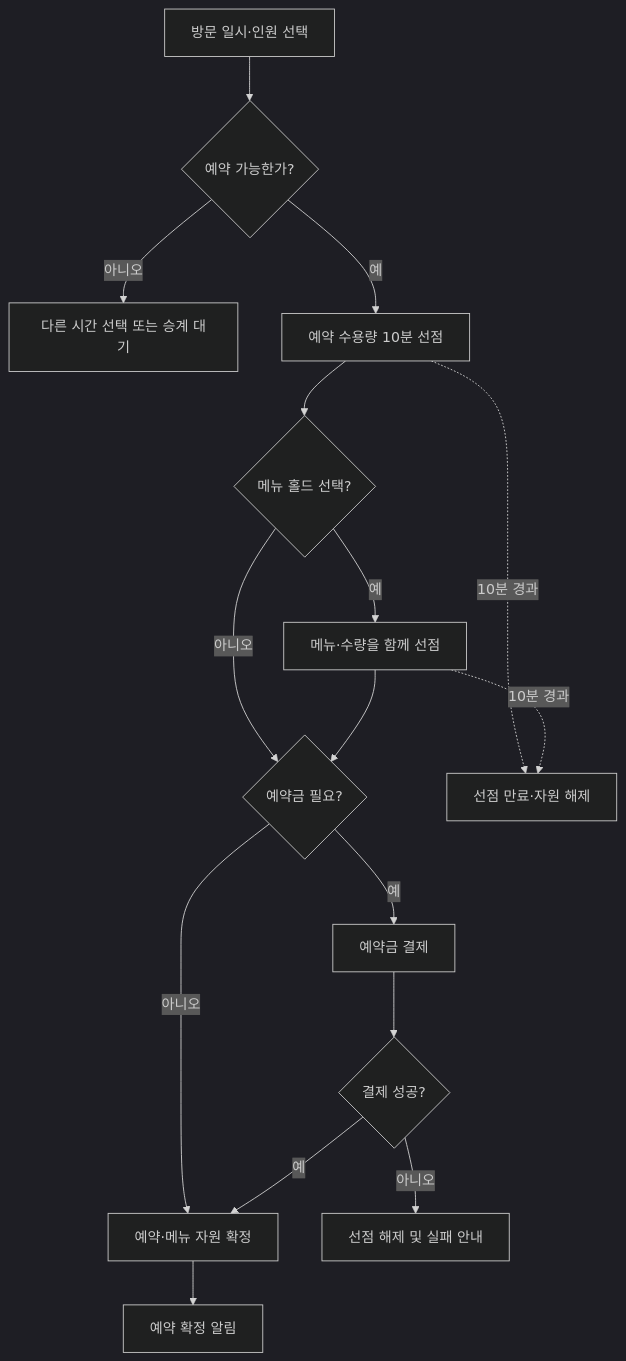
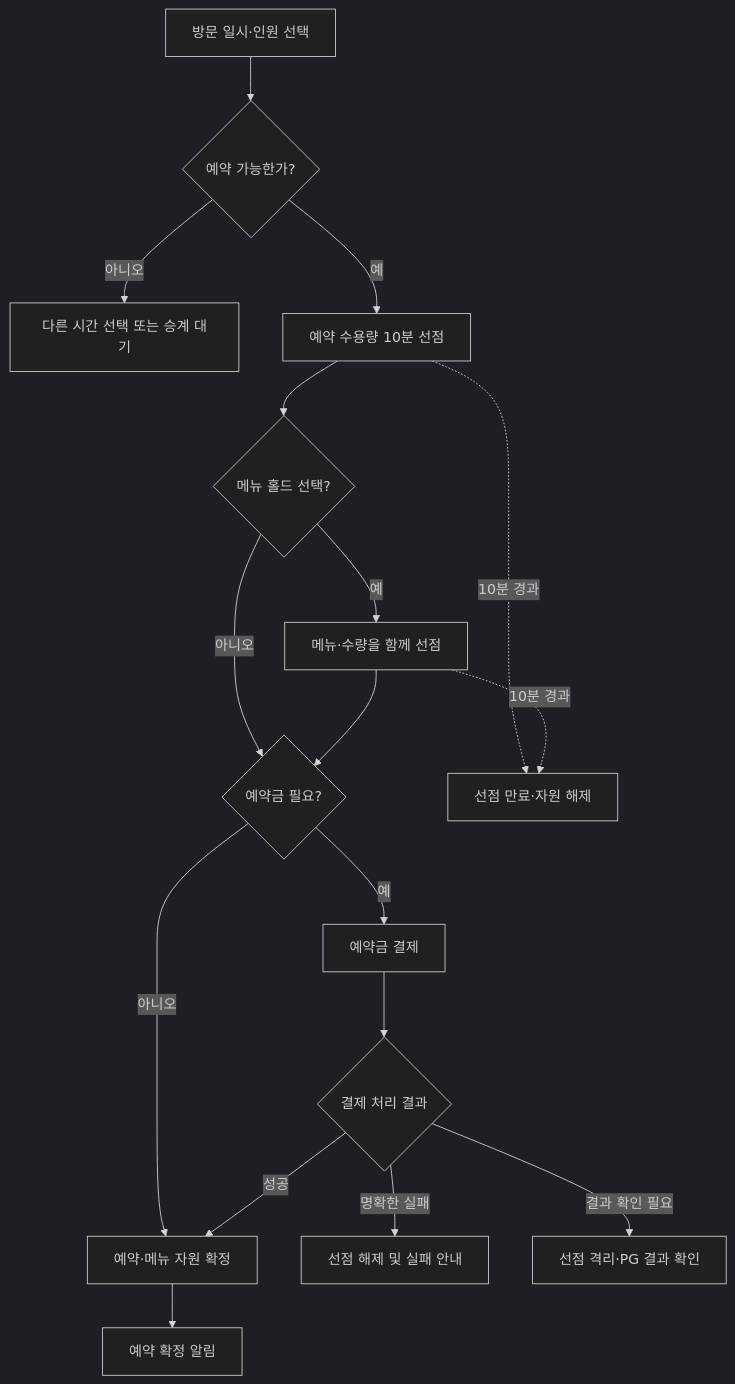
The second of 6 diagrams in docs/flowcharts/flowchart.md (sparta-spring4/Commerce-Final-Project-MiriYum), drawn with Mermaid (dark theme) before and after one commit. The commit also changed other lines of this file, not shown here.

Commit message:
docs: MVP 비즈니스 플로우의 상태·결제·전환 표현 정비

````diff
--- a/docs/flowcharts/flowchart.md
+++ b/docs/flowcharts/flowchart.md
@@ -171,23 +174,24 @@
 ```mermaid
 flowchart TD
     A["방문 일시·인원 선택"] --> B{"예약 가능한가?"}
     B -- "아니오" --> C["다른 시간 선택 또는 승계 대기"]
     B -- "예" --> D["예약 수용량 10분 선점"]
 
     D --> E{"메뉴 홀드 선택?"}
     E -- "예" --> F["메뉴·수량을 함께 선점"]
     E -- "아니오" --> G{"예약금 필요?"}
     F --> G
 
     G -- "아니오" --> H["예약·메뉴 자원 확정"]
     G -- "예" --> I["예약금 결제"]
-    I --> J{"결제 성공?"}
+    I --> J{"결제 처리 결과"}
 
-    J -- "예" --> H
-    J -- "아니오" --> K["선점 해제 및 실패 안내"]
+    J -- "성공" --> H
+    J -- "명확한 실패" --> K["선점 해제 및 실패 안내"]
+    J -- "결과 확인 필요" --> N["선점 격리·PG 결과 확인"]
 
     D -. "10분 경과" .-> L["선점 만료·자원 해제"]
     F -. "10분 경과" .-> L
 
     H --> M["예약 확정 알림"]
 ```
````
